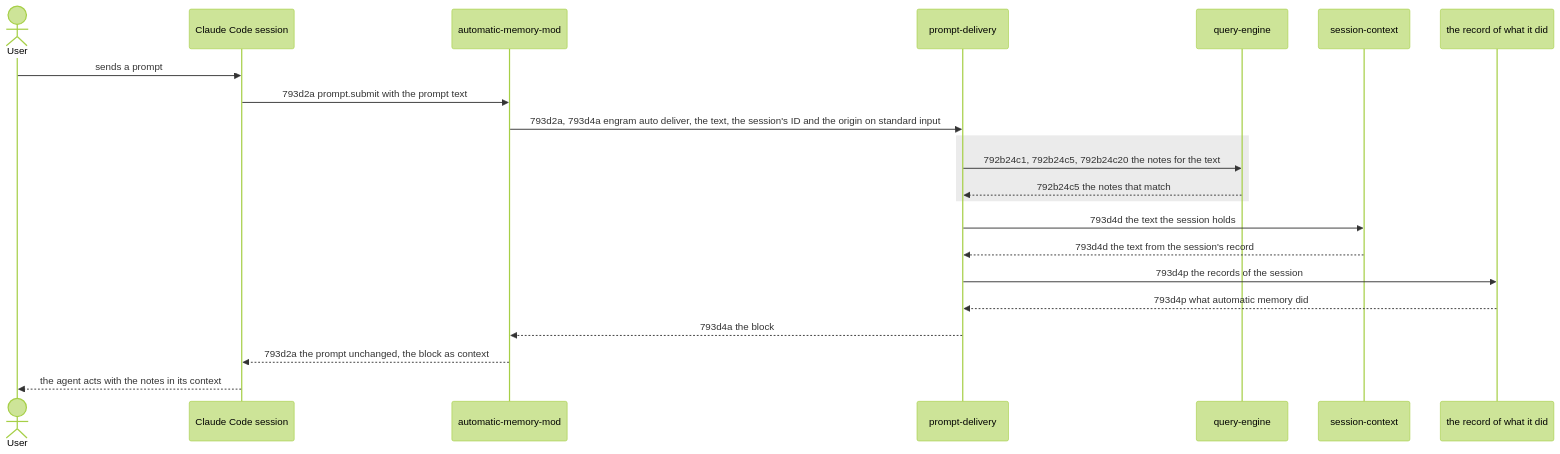
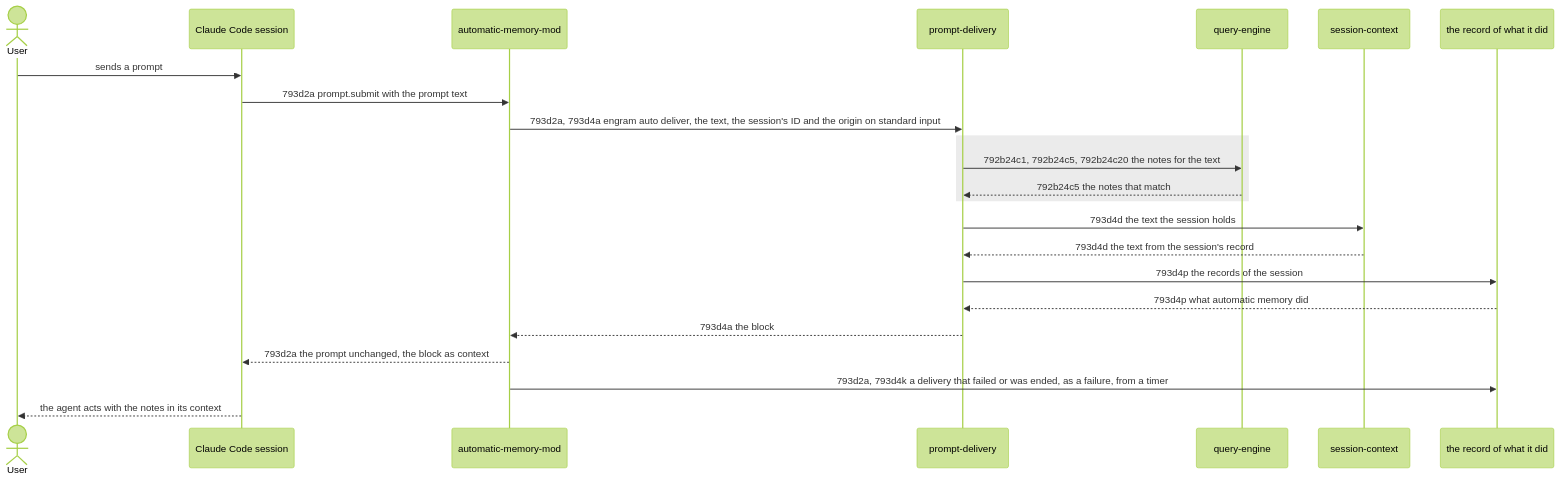
One commit to toejough/engram changed the first of 3 diagrams in docs/changes/793_automatic-memory/793d_technical-spec.md. Above: the diagram before and after it, drawn with Mermaid (forest theme). The commit also changed other lines of this file and 3 other files, not shown here.

````diff
--- a/docs/changes/793_automatic-memory/793d_technical-spec.md
+++ b/docs/changes/793_automatic-memory/793d_technical-spec.md
@@ -21,25 +21,26 @@
 ```mermaid
 sequenceDiagram
     actor User
     participant Session as Claude Code session
     participant Mod as automatic-memory-mod
     participant Delivery as prompt-delivery
     participant Engine as query-engine
     participant Context as session-context
     participant Records as the record of what it did
 
     User->>Session: sends a prompt
     Session->>Mod: 793d2a prompt.submit with the prompt text
     Mod->>Delivery: 793d2a, 793d4a engram auto deliver, the text, the session's ID and the origin on standard input
     rect rgb(235, 235, 235)
         Delivery->>Engine: 792b24c1, 792b24c5, 792b24c20 the notes for the text
         Engine-->>Delivery: 792b24c5 the notes that match
     end
     Delivery->>Context: 793d4d the text the session holds
     Context-->>Delivery: 793d4d the text from the session's record
     Delivery->>Records: 793d4p the records of the session
     Records-->>Delivery: 793d4p what automatic memory did
     Delivery-->>Mod: 793d4a the block
     Mod-->>Session: 793d2a the prompt unchanged, the block as context
+    Mod->>Records: 793d2a, 793d4k a delivery that failed or was ended, as a failure, from a timer
     Session-->>User: the agent acts with the notes in its context
 ```
````
